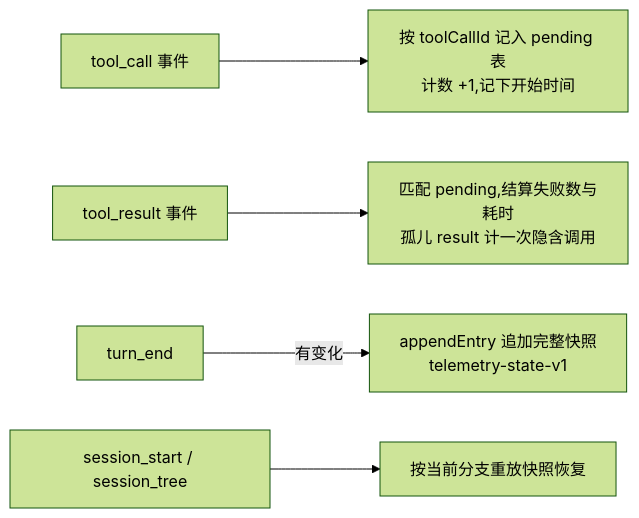
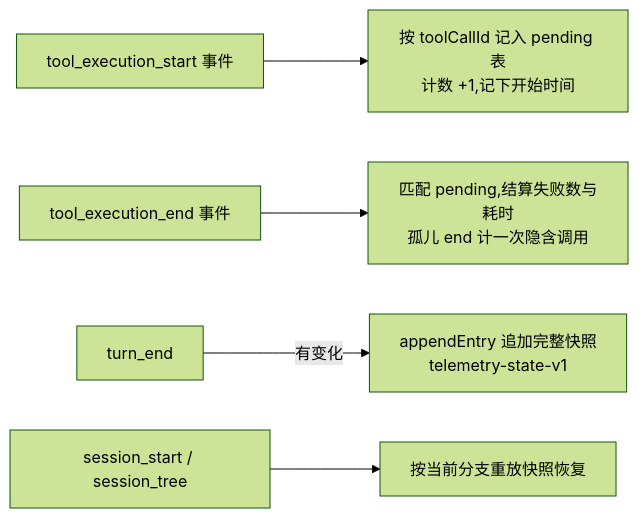
One commit to jaronic/pi-extensions changed the diagram in telemetry/README.md. Above: the diagram before and after it, drawn with Mermaid (forest theme). The commit also changed other lines of this file and 30 other files, not shown here.

````diff
--- a/telemetry/README.md
+++ b/telemetry/README.md
@@ -13,7 +13,7 @@
 ```mermaid
 flowchart LR
-    Call[tool_call 事件] --> Pending[按 toolCallId 记入 pending 表<br/>计数 +1,记下开始时间]
-    Result[tool_result 事件] --> Settle[匹配 pending,结算失败数与耗时<br/>孤儿 result 计一次隐含调用]
+    Call[tool_execution_start 事件] --> Pending[按 toolCallId 记入 pending 表<br/>计数 +1,记下开始时间]
+    Result[tool_execution_end 事件] --> Settle[匹配 pending,结算失败数与耗时<br/>孤儿 end 计一次隐含调用]
     TurnEnd[turn_end] -->|有变化| Journal[appendEntry 追加完整快照<br/>telemetry-state-v1]
     Start[session_start / session_tree] --> Replay[按当前分支重放快照恢复]
 ```
````
